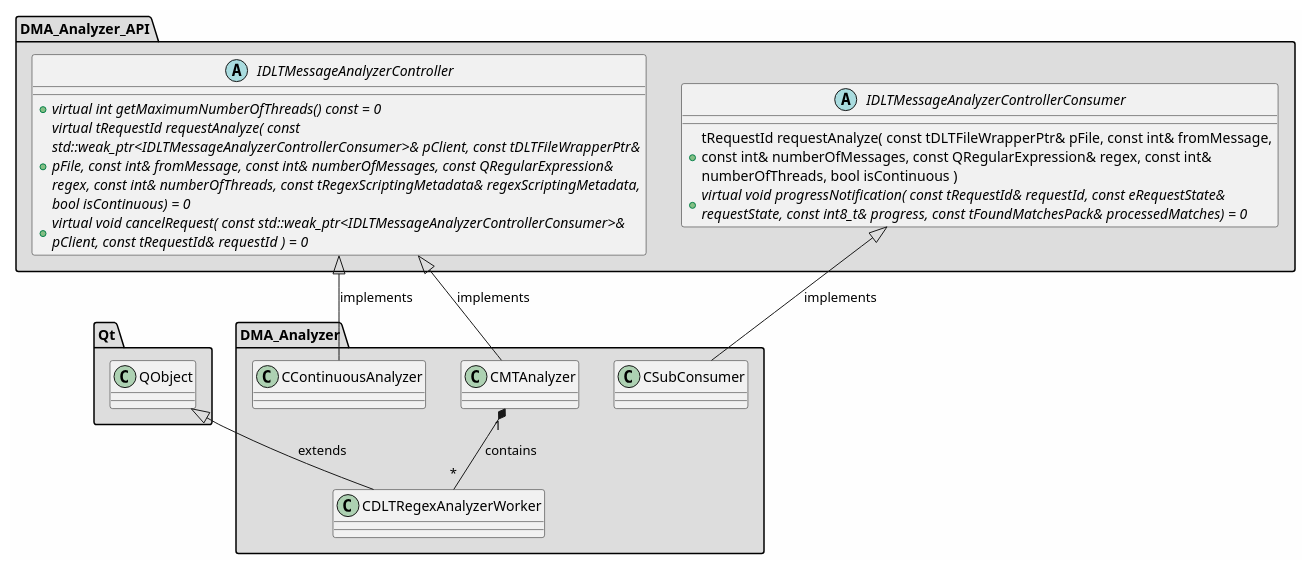
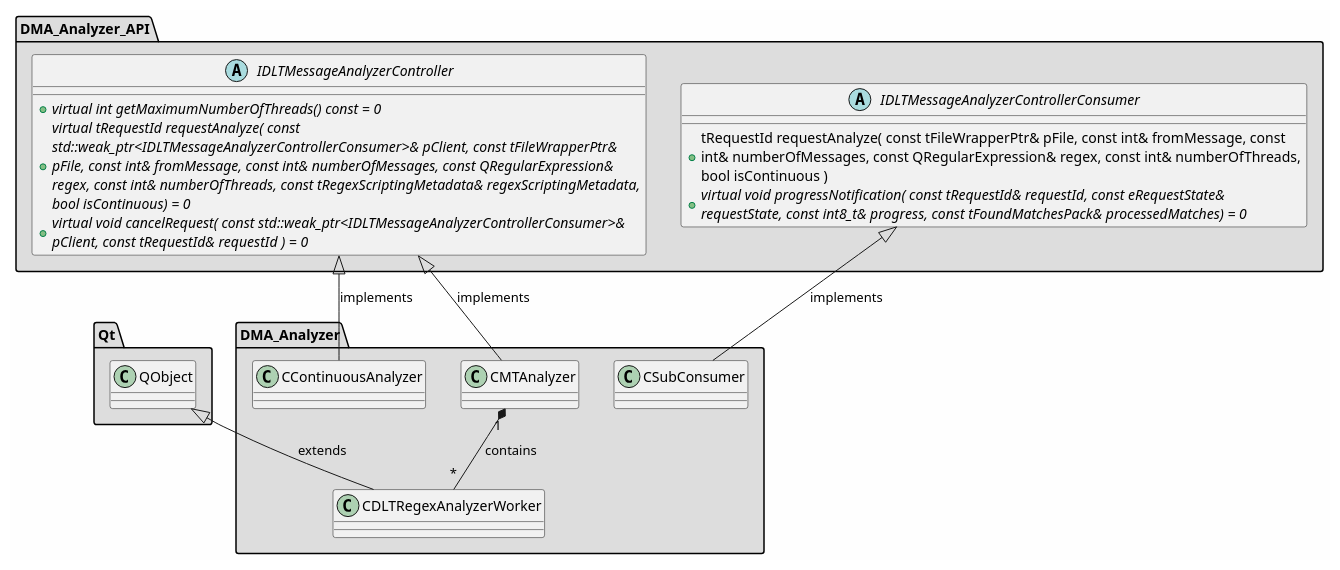
The diagram in md/dev_docs/puml/DMA_Analyzer_standalone.puml (svlad-90/DLT-Message-Analyzer), drawn with PlantUML before and after one commit. The commit also changed 83 other files, not shown here.

First line of the commit message:
[ISSUE #111][COMPONENTS] Introduce components architecture in the project

```diff
--- a/md/dev_docs/puml/DMA_Analyzer_standalone.puml
+++ b/md/dev_docs/puml/DMA_Analyzer_standalone.puml
@@ -2,62 +2,62 @@
 @startuml
 
 skinparam backgroundColor #FEFEFE
 skinparam wrapWidth 600
 package "DMA_Analyzer" #DDDDDD
 {
 
 class "CContinuousAnalyzer"
 {
 }
 
 class "CDLTRegexAnalyzerWorker"
 {
 }
 
 class "CMTAnalyzer"
 {
 }
 
 class "CSubConsumer"
 {
 }
 
 }
 
 package "DMA_Analyzer_API" #DDDDDD
 {
 
 abstract class "IDLTMessageAnalyzerController"
 {
     + {abstract} virtual int getMaximumNumberOfThreads() const = 0
-    + {abstract} virtual tRequestId requestAnalyze( const std::weak_ptr<IDLTMessageAnalyzerControllerConsumer>& pClient, const tDLTFileWrapperPtr& pFile, const int& fromMessage, const int& numberOfMessages, const QRegularExpression& regex, const int& numberOfThreads, const tRegexScriptingMetadata& regexScriptingMetadata, bool isContinuous) = 0
+    + {abstract} virtual tRequestId requestAnalyze( const std::weak_ptr<IDLTMessageAnalyzerControllerConsumer>& pClient, const tFileWrapperPtr& pFile, const int& fromMessage, const int& numberOfMessages, const QRegularExpression& regex, const int& numberOfThreads, const tRegexScriptingMetadata& regexScriptingMetadata, bool isContinuous) = 0
     + {abstract} virtual void cancelRequest( const std::weak_ptr<IDLTMessageAnalyzerControllerConsumer>& pClient, const tRequestId& requestId ) = 0
 }
 
 abstract class "IDLTMessageAnalyzerControllerConsumer"
 {
-    + tRequestId requestAnalyze( const tDLTFileWrapperPtr& pFile, const int& fromMessage, const int& numberOfMessages, const QRegularExpression& regex, const int& numberOfThreads, bool isContinuous )
+    + tRequestId requestAnalyze( const tFileWrapperPtr& pFile, const int& fromMessage, const int& numberOfMessages, const QRegularExpression& regex, const int& numberOfThreads, bool isContinuous )
     + {abstract} virtual void progressNotification( const tRequestId& requestId, const eRequestState& requestState, const int8_t& progress, const tFoundMatchesPack& processedMatches) = 0
 }
 
 }
 
 package "Qt" #DDDDDD
 {
 
 class "QObject"
 {
 }
 
 }
 
 '====================Inheritance section====================
 IDLTMessageAnalyzerController <|-- CContinuousAnalyzer : implements
 QObject <|-- CDLTRegexAnalyzerWorker : extends
 IDLTMessageAnalyzerController <|-- CMTAnalyzer : implements
 IDLTMessageAnalyzerControllerConsumer <|-- CSubConsumer : implements
 
 '====================Dependencies section====================
 CMTAnalyzer "1" *-- "*" CDLTRegexAnalyzerWorker : contains
 
 @enduml
```
